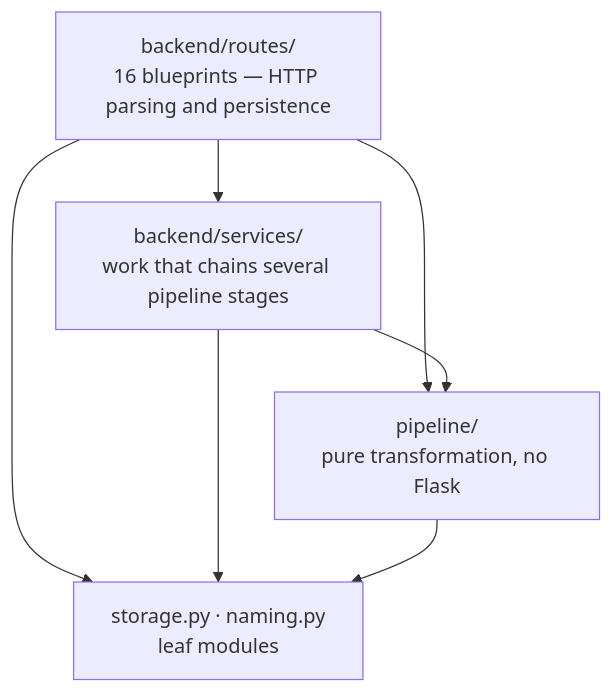
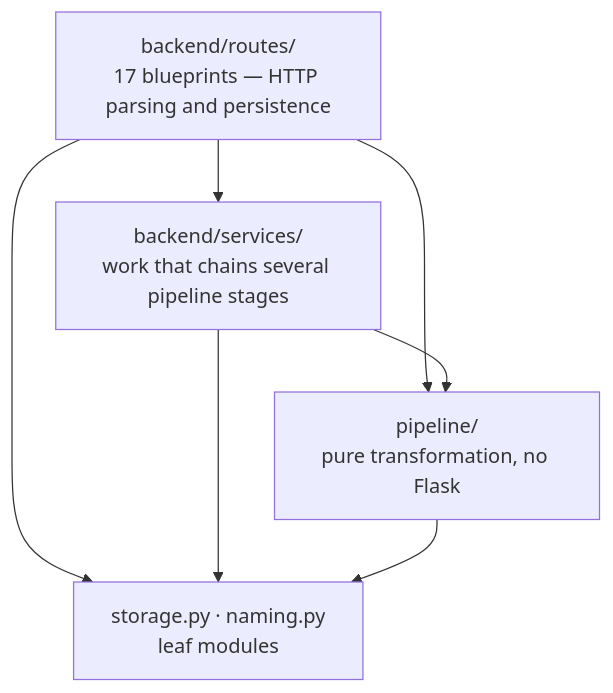
Before and after one commit to jennarbates/StratigraphyGenerator: the diagram in docs/architecture/code-review.md, drawn with Mermaid. The commit also changed other lines of this file and 202 other files, not shown here.

````diff
--- a/docs/architecture/code-review.md
+++ b/docs/architecture/code-review.md
@@ -31,13 +31,13 @@
 ```mermaid
 flowchart TB
-  Routes["backend/routes/<br/>16 blueprints — HTTP parsing and persistence"]
+  Routes["backend/routes/<br/>17 blueprints — HTTP parsing and persistence"]
   Services["backend/services/<br/>work that chains several pipeline stages"]
   Pipeline["pipeline/<br/>pure transformation, no Flask"]
   Storage["storage.py · naming.py<br/>leaf modules"]
   Routes --> Services
   Routes --> Pipeline
   Services --> Pipeline
   Routes --> Storage
   Services --> Storage
   Pipeline --> Storage
 ```
````
